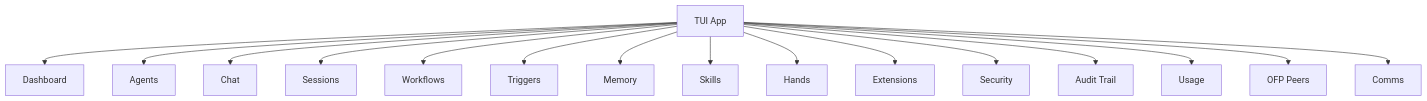
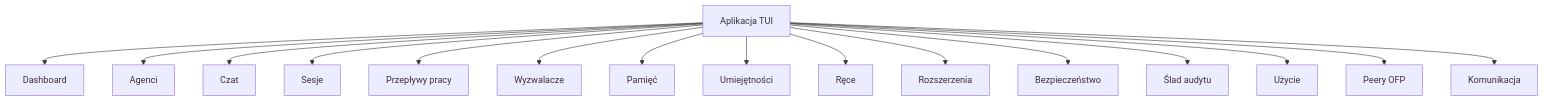
The third of 4 diagrams in crates-librefang-cli.md (leszek3737/librefang-WIki), drawn with Mermaid before and after one commit. The commit also changed other lines of this file and 104 other files, not shown here.

````diff
--- a/crates-librefang-cli.md
+++ b/crates-librefang-cli.md
@@ -151,18 +151,18 @@
 ```mermaid
 flowchart TB
-    TUI["TUI App"] --> Dash[Dashboard]
-    TUI --> Agents[Agents]
-    TUI --> Chat[Chat]
-    TUI --> Sessions[Sessions]
-    TUI --> Flows[Workflows]
-    TUI --> Triggers[Triggers]
-    TUI --> Memory[Memory]
-    TUI --> Skills[Skills]
-    TUI --> Hands[Hands]
-    TUI --> Ext[Extensions]
-    TUI --> Sec[Security]
-    TUI --> Audit[Audit Trail]
-    TUI --> Usage[Usage]
-    TUI --> Peers[OFP Peers]
-    TUI --> Comms[Comms]
+    TUI["Aplikacja TUI"] --> Dash[Dashboard]
+    TUI --> Agents[Agenci]
+    TUI --> Chat[Czat]
+    TUI --> Sessions[Sesje]
+    TUI --> Flows[Przepływy pracy]
+    TUI --> Triggers[Wyzwalacze]
+    TUI --> Memory[Pamięć]
+    TUI --> Skills[Umiejętności]
+    TUI --> Hands[Ręce]
+    TUI --> Ext[Rozszerzenia]
+    TUI --> Sec[Bezpieczeństwo]
+    TUI --> Audit[Ślad audytu]
+    TUI --> Usage[Użycie]
+    TUI --> Peers[Peery OFP]
+    TUI --> Comms[Komunikacja]
 ```
````
